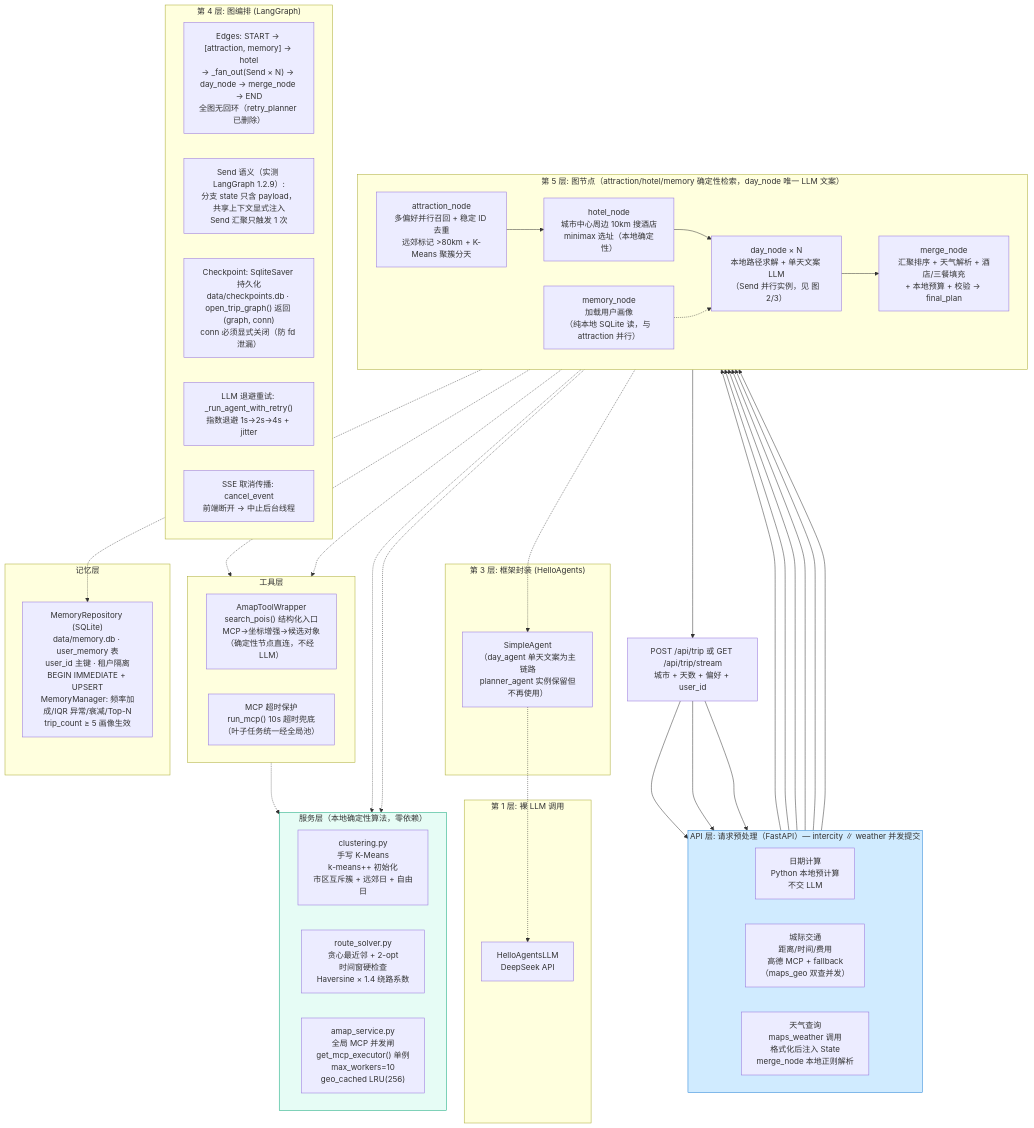
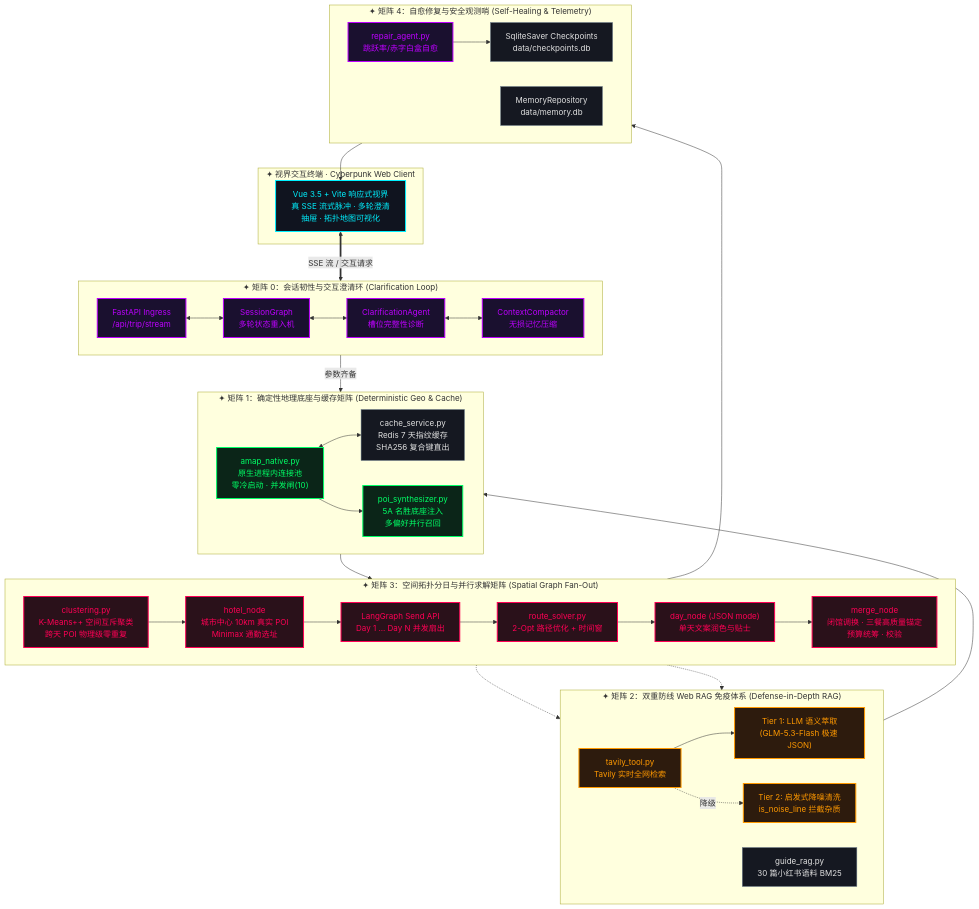
Before and after one commit to SuperGODOG/tripplanner: the first of 10 diagrams in ARCHITECTURE.md, drawn with Mermaid. The commit also changed other lines of this file and 1 other file, not shown here.

Commit message:
docs: upgrade ARCHITECTURE.md to v4.0 Sovereign Matrix with full holographic Mermaid topologies

````diff
--- a/ARCHITECTURE.md
+++ b/ARCHITECTURE.md
@@ -17,71 +33,67 @@
 ```mermaid
 flowchart TB
-    subgraph APILayer["API 层: 请求预处理（FastAPI）— intercity ∥ weather 并发提交"]
-        direction LR
-        PRE1["日期计算<br/>Python 本地预计算<br/>不交 LLM"]
-        PRE2["城际交通<br/>距离/时间/费用<br/>高德 MCP + fallback<br/>（maps_geo 双查并发）"]
-        PRE3["天气查询<br/>maps_weather 调用<br/>格式化后注入 State<br/>merge_node 本地正则解析"]
+    classDef client fill:#10141f,stroke:#00F0FF,stroke-width:2px,color:#00F0FF;
+    classDef m0 fill:#1a102f,stroke:#BD00FF,stroke-width:2px,color:#BD00FF;
+    classDef m1 fill:#0b2518,stroke:#00FF66,stroke-width:2px,color:#00FF66;
+    classDef m2 fill:#2d1b0d,stroke:#FF9900,stroke-width:2px,color:#FF9900;
+    classDef m3 fill:#2a111a,stroke:#FF0055,stroke-width:2px,color:#FF0055;
+    classDef m4 fill:#151821,stroke:#708090,stroke-width:1px,color:#E0E0E0;
+
+    subgraph CLIENT["✦ 视界交互终端 · Cyberpunk Web Client"]
+        VUE["Vue 3.5 + Vite 响应式视界<br/>真 SSE 流式脉冲 · 多轮澄清抽屉 · 拓扑地图可视化"]:::client
     end
 
-    subgraph Layer5["第 5 层: 图节点（attraction/hotel/memory 确定性检索，day_node 唯一 LLM 文案）"]
+    subgraph MATRIX_0["✦ 矩阵 0：会话韧性与交互澄清环 (Clarification Loop)"]
         direction LR
-        N1["attraction_node<br/>多偏好并行召回 + 稳定 ID 去重<br/>远郊标记 >80km + K-Means 聚簇分天"]
-        N3["hotel_node<br/>城市中心周边 10km 搜酒店<br/>minimax 选址（本地确定性）"]
-        N4["memory_node<br/>加载用户画像<br/>（纯本地 SQLite 读，与 attraction 并行）"]
-        N5["day_node × N<br/>本地路径求解 + 单天文案 LLM<br/>（Send 并行实例，见 图 2/3）"]
-        N6["merge_node<br/>汇聚排序 + 天气解析 + 酒店/三餐填充<br/>+ 本地预算 + 校验 → final_plan"]
+        API_GATE["FastAPI Ingress<br/>/api/trip/stream"]:::m0
+        S_GRAPH["SessionGraph<br/>多轮状态重入机"]:::m0
+        C_AGENT["ClarificationAgent<br/>槽位完整性诊断"]:::m0
+        C_COMPACT["ContextCompactor<br/>无损记忆压缩"]:::m0
+        API_GATE <--> S_GRAPH <--> C_AGENT <--> C_COMPACT
     end
 
-    subgraph Layer4["第 4 层: 图编排 (LangGraph)"]
-        EDGE["Edges: START → [attraction, memory] → hotel<br/>→ _fan_out(Send × N) → day_node → merge_node → END<br/>全图无回环（retry_planner 已删除）"]
-        SEND["Send 语义（实测 LangGraph 1.2.9）:<br/>分支 state 只含 payload，共享上下文显式注入<br/>Send 汇聚只触发 1 次"]
-        CHECKPOINT["Checkpoint: SqliteSaver 持久化<br/>data/checkpoints.db · open_trip_graph() 返回 (graph, conn)<br/>conn 必须显式关闭（防 fd 泄漏）"]
-        RETRY["LLM 退避重试: _run_agent_with_retry()<br/>指数退避 1s→2s→4s + jitter"]
-        CANCEL["SSE 取消传播: cancel_event<br/>前端断开 → 中止后台线程"]
+    subgraph MATRIX_1["✦ 矩阵 1：确定性地理底座与缓存矩阵 (Deterministic Geo & Cache)"]
+        direction LR
+        AMAP_POOL["amap_native.py<br/>原生进程内连接池<br/>零冷启动 · 并发闸(10)"]:::m1
+        POI_PIPE["poi_synthesizer.py<br/>5A 名胜底座注入<br/>多偏好并行召回"]:::m1
+        REDIS["cache_service.py<br/>Redis 7 天指纹缓存<br/>SHA256 复合键直出"]:::m4
+        AMAP_POOL <--> REDIS
+        AMAP_POOL --> POI_PIPE
     end
 
-    subgraph Layer3["第 3 层: 框架封装 (HelloAgents)"]
-        AGENT["SimpleAgent<br/>（day_agent 单天文案为主链路<br/>planner_agent 实例保留但不再使用）"]
+    subgraph MATRIX_2["✦ 矩阵 2：双重防线 Web RAG 免疫体系 (Defense-in-Depth RAG)"]
+        direction LR
+        TAVILY["tavily_tool.py<br/>Tavily 实时全网检索"]:::m2
+        RAG_TIER1["Tier 1: LLM 语义萃取<br/>(GLM-5.3-Flash 极速 JSON)"]:::m2
+        RAG_TIER2["Tier 2: 启发式降噪清洗<br/>is_noise_line 拦截杂质"]:::m2
+        BM25["guide_rag.py<br/>30 篇小红书语料 BM25"]:::m4
+        TAVILY --> RAG_TIER1 --> REDIS
+        TAVILY -.->|"降级"| RAG_TIER2
     end
 
-    subgraph Layer1["第 1 层: 裸 LLM 调用"]
-        LLM["HelloAgentsLLM<br/>DeepSeek API"]
+    subgraph MATRIX_3["✦ 矩阵 3：空间拓扑分日与并行求解矩阵 (Spatial Graph Fan-Out)"]
+        direction LR
+        KMEANS["clustering.py<br/>K-Means++ 空间互斥聚类<br/>跨天 POI 物理级零重复"]:::m3
+        HOTEL["hotel_node<br/>城市中心 10km 真实 POI<br/>Minimax 通勤选址"]:::m3
+        FAN_OUT["LangGraph Send API<br/>Day 1 ... Day N 并发扇出"]:::m3
+        TSP["route_solver.py<br/>2-Opt 路径优化 + 时间窗"]:::m3
+        DAY_LLM["day_node (JSON mode)<br/>单天文案润色与贴士"]:::m3
+        MERGE["merge_node<br/>闭馆调换 · 三餐高质量锚定<br/>预算统筹 · 校验"]:::m3
+        KMEANS --> HOTEL --> FAN_OUT --> TSP --> DAY_LLM --> MERGE
     end
 
-    subgraph ServiceLayer["服务层（本地确定性算法，零依赖）"]
+    subgraph MATRIX_4["✦ 矩阵 4：自愈修复与安全观测哨 (Self-Healing & Telemetry)"]
         direction LR
-        S1["clustering.py<br/>手写 K-Means<br/>k-means++ 初始化<br/>市区互斥簇 + 远郊日 + 自由日"]
-        S2["route_solver.py<br/>贪心最近邻 + 2-opt<br/>时间窗硬检查<br/>Haversine × 1.4 绕路系数"]
-        S3["amap_service.py<br/>全局 MCP 并发闸<br/>get_mcp_executor() 单例<br/>max_workers=10<br/>geo_cached LRU(256)"]
+        REPAIR["repair_agent.py<br/>跳跃率/赤字白盒自愈"]:::m0
+        SQLITE_CKPT["SqliteSaver Checkpoints<br/>data/checkpoints.db"]:::m4
+        SQLITE_MEM["MemoryRepository<br/>data/memory.db"]:::m4
+        REPAIR --> SQLITE_CKPT
     end
 
-    subgraph ToolLayer["工具层"]
-        direction LR
-        WRAPPER["AmapToolWrapper<br/>search_pois() 结构化入口<br/>MCP→坐标增强→候选对象<br/>（确定性节点直连，不经 LLM）"]
-        MCPTIMEOUT["MCP 超时保护<br/>run_mcp() 10s 超时兜底<br/>（叶子任务统一经全局池）"]
-    end
-
-    subgraph MemoryLayer["记忆层"]
-        MEMORY["MemoryRepository (SQLite)<br/>data/memory.db · user_memory 表<br/>user_id 主键 · 租户隔离<br/>BEGIN IMMEDIATE + UPSERT<br/>MemoryManager: 频率加成/IQR 异常/衰减/Top-N<br/>trip_count ≥ 5 画像生效"]
-    end
-
-    USER["POST /api/trip 或 GET /api/trip/stream<br/>城市 + 天数 + 偏好 + user_id"] --> PRE1 & PRE2 & PRE3
-    PRE1 & PRE2 & PRE3 --> N1 & N4
-    N1 --> N3
-    N3 --> N5
-    N4 -.-> N5
-    N5 --> N6
-    N6 --> USER
-
-    N1 -.-> WRAPPER
-    N3 -.-> WRAPPER
-    N4 -.-> MEMORY
-    N5 -.-> AGENT
-    AGENT -.-> LLM
-    N1 -.-> S1
-    N5 -.-> S2
-    WRAPPER -.-> S3
-
-    style APILayer fill:#d0ebff,stroke:#1c7ed6
-    style ServiceLayer fill:#e6fcf5,stroke:#0ca678
+    VUE <==>|"SSE 流 / 交互请求"| API_GATE
+    C_AGENT -->|"参数齐备"| AMAP_POOL
+    POI_PIPE --> KMEANS
+    DAY_LLM -.-> TAVILY
+    DAY_LLM -.-> BM25
+    MERGE --> REPAIR --> VUE
 ```
````
